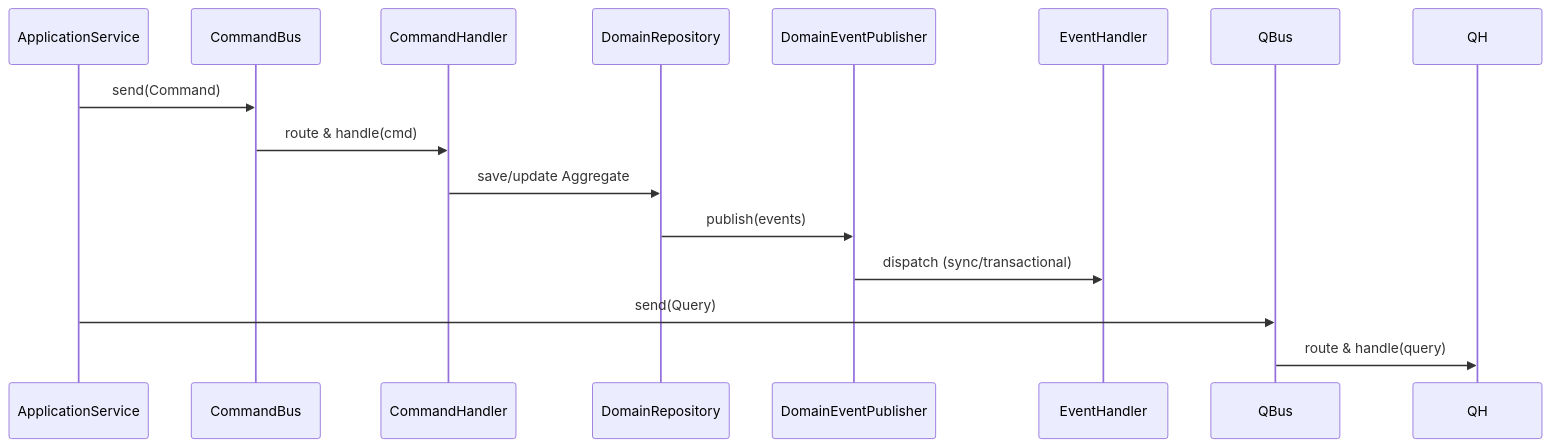
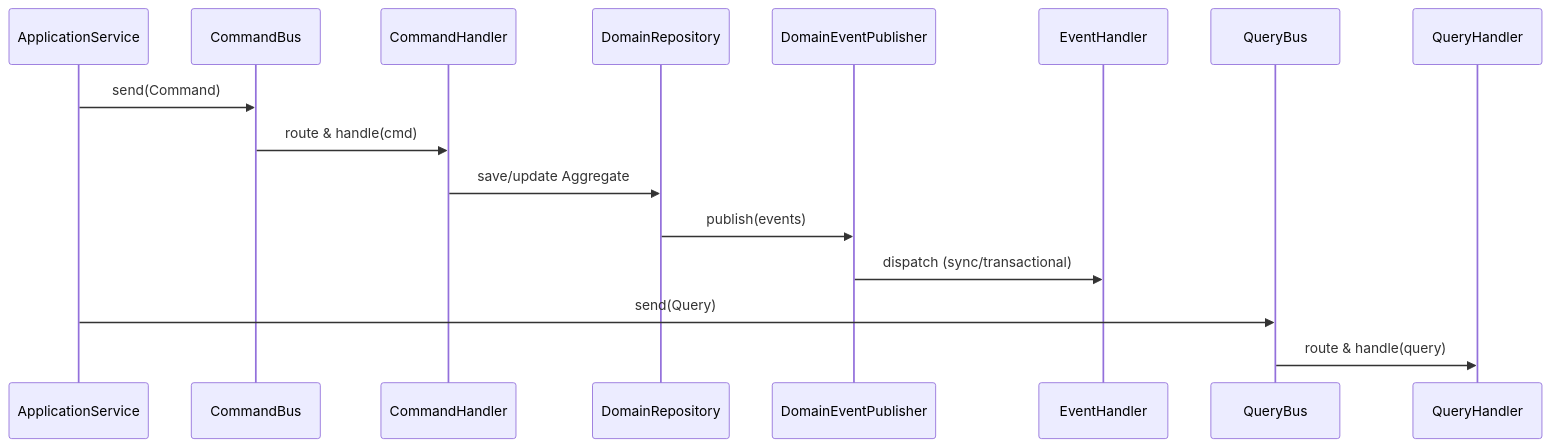
One commit to ANTHEM37/easy-ddd changed the second of 2 diagrams in README.md. Above: the diagram before and after it, drawn with Mermaid. The commit also changed 5 other files, not shown here.

First line of the commit message:
docs: 更新时序图并移除 BOM 模块的 README

````diff
--- a/README.md
+++ b/README.md
@@ -172,17 +172,19 @@
 ```mermaid
 sequenceDiagram
   participant App as ApplicationService
   participant CBus as CommandBus
   participant H as CommandHandler
   participant Repo as DomainRepository
   participant Pub as DomainEventPublisher
   participant EH as EventHandler
+  participant QBus as QueryBus
+  participant QH as QueryHandler
 
   App->>CBus: send(Command)
   CBus->>H: route & handle(cmd)
   H->>Repo: save/update Aggregate
   Repo->>Pub: publish(events)
   Pub->>EH: dispatch (sync/transactional)
   App->>QBus: send(Query)
   QBus->>QH: route & handle(query)
 ```
````
